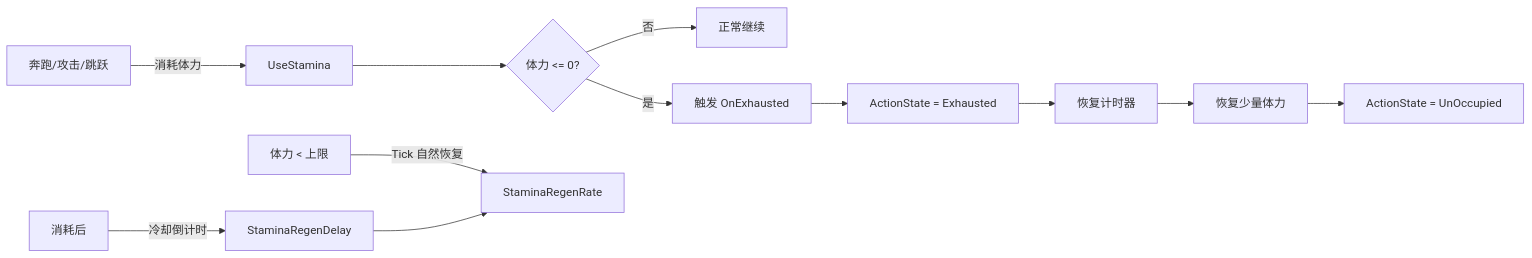
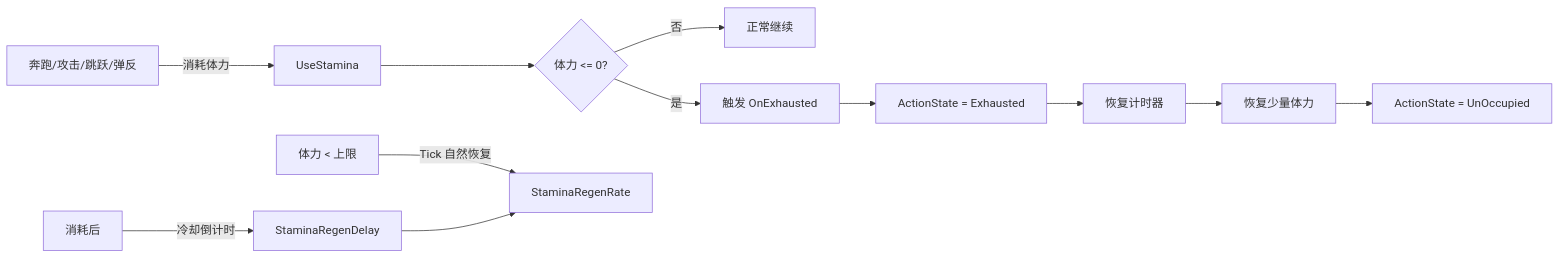
The second of 6 diagrams in README.md (Kulahala/UE5-Soulslike-Combat), drawn with Mermaid before and after one commit. The commit also changed other lines of this file and 2 other files, not shown here.

````diff
--- a/README.md
+++ b/README.md
@@ -108,15 +115,15 @@
 ```mermaid
 flowchart LR
-    A[奔跑/攻击/跳跃] -->|消耗体力| B[UseStamina]
+    A[奔跑/攻击/跳跃/弹反] -->|消耗体力| B[UseStamina]
     B --> C{体力 <= 0?}
     C -->|否| D[正常继续]
     C -->|是| E[触发 OnExhausted]
     E --> F[ActionState = Exhausted]
     F --> G[恢复计时器]
     G --> H[恢复少量体力]
     H --> I[ActionState = UnOccupied]
 
     J[体力 < 上限] -->|Tick 自然恢复| K[StaminaRegenRate]
     L[消耗后] -->|冷却倒计时| M[StaminaRegenDelay]
     M --> K
 ```
````
